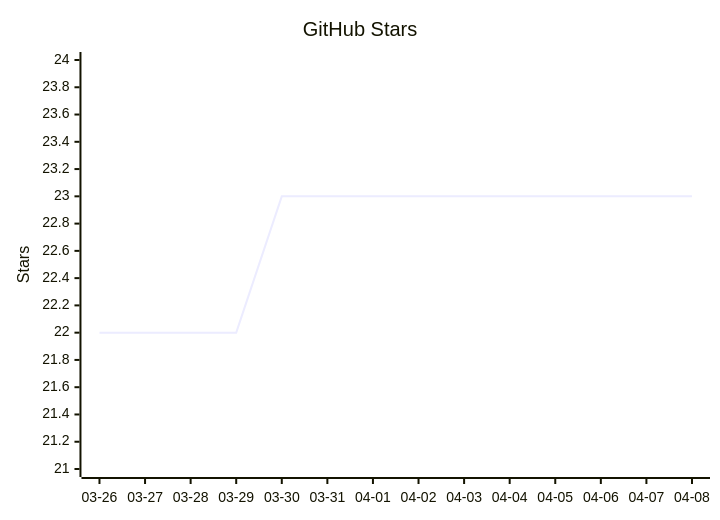
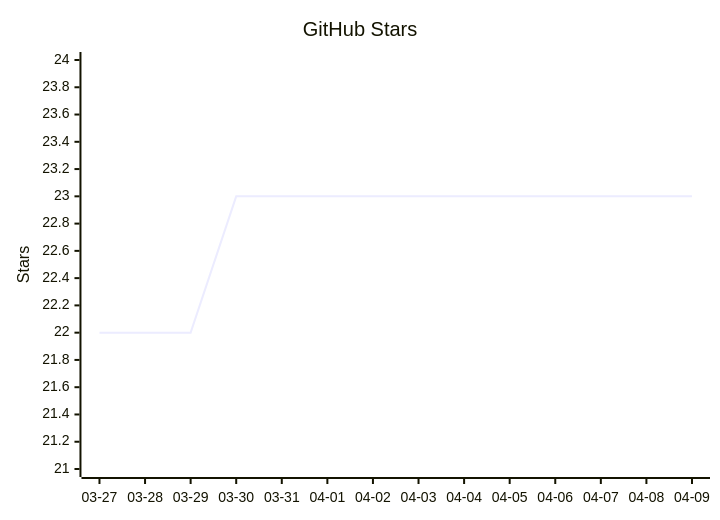
One commit to vectie/moonclaw changed the diagram in README.mbt.md. Above: the diagram before and after it, drawn with Mermaid. The commit also changed other lines of this file and 1 other file, not shown here.

Commit message:
Update README star growth

````diff
--- a/README.mbt.md
+++ b/README.mbt.md
@@ -448,7 +448,7 @@
 ```mermaid
 xychart-beta
     title "GitHub Stars"
-    x-axis ["03-26","03-27","03-28","03-29","03-30","03-31","04-01","04-02","04-03","04-04","04-05","04-06","04-07","04-08"]
+    x-axis ["03-27","03-28","03-29","03-30","03-31","04-01","04-02","04-03","04-04","04-05","04-06","04-07","04-08","04-09"]
     y-axis "Stars" 21 --> 24
-    line [22,22,22,22,23,23,23,23,23,23,23,23,23,23]
+    line [22,22,22,23,23,23,23,23,23,23,23,23,23,23]
 ```
````
